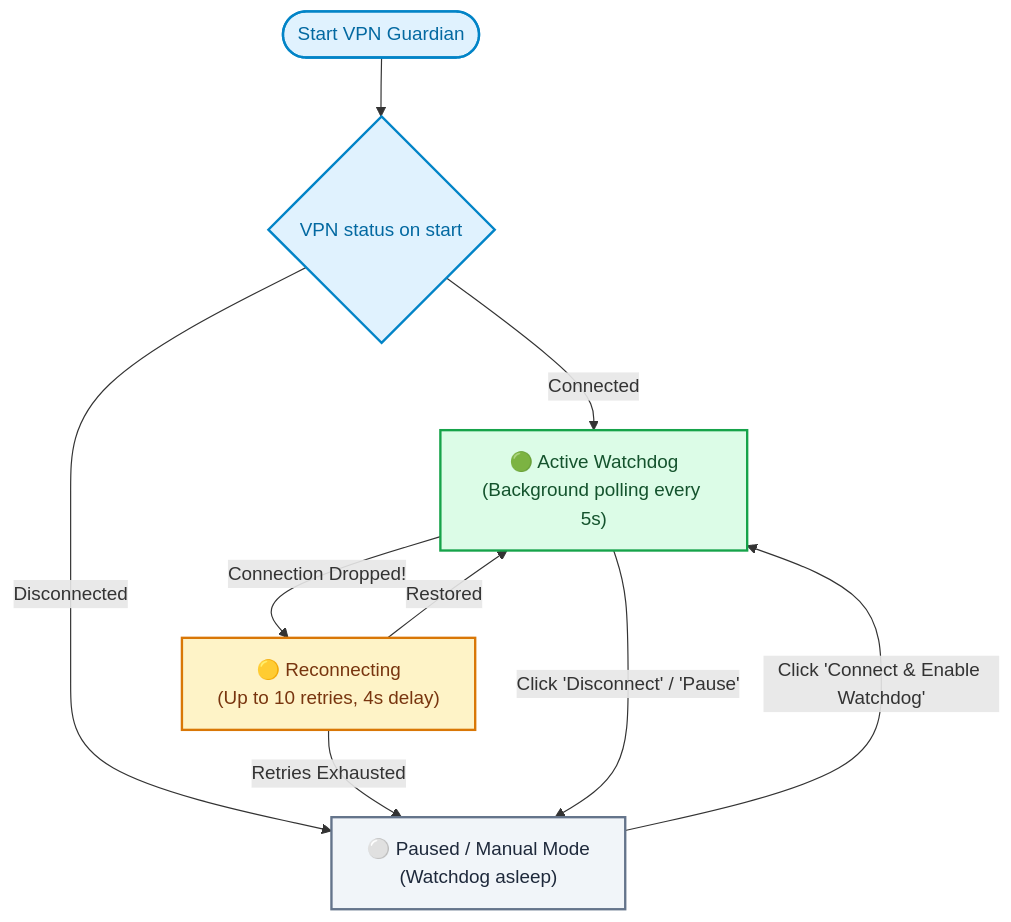
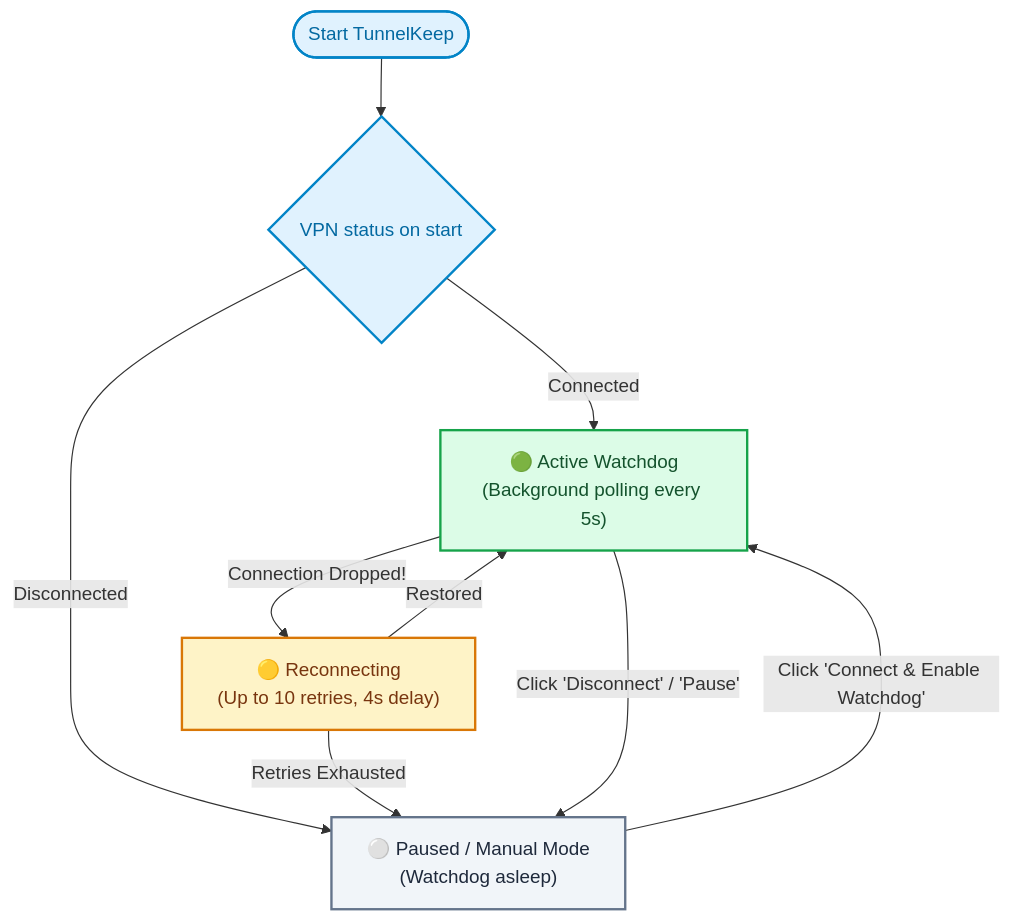
Before and after one commit to MihailBezukladnikovISiP201/tunnelkeep: the diagram in README.md, drawn with Mermaid. The commit also changed other lines of this file and 14 other files, not shown here.

Commit message:
feat: rename project to TunnelKeep across all modules, docs and manifests

````diff
--- a/README.md
+++ b/README.md
@@ -47,19 +47,19 @@
 ```mermaid
 flowchart TD
     classDef auto fill:#dcfce7,stroke:#16a34a,stroke-width:2px,color:#14532d;
     classDef paused fill:#f1f5f9,stroke:#64748b,stroke-width:2px,color:#1e293b;
     classDef alert fill:#fef3c7,stroke:#d97706,stroke-width:2px,color:#78350f;
     classDef start fill:#e0f2fe,stroke:#0284c7,stroke-width:2px,color:#0369a1;
 
-    A(["Start VPN Guardian"]):::start --> B{"VPN status on start"}:::start
+    A(["Start TunnelKeep"]):::start --> B{"VPN status on start"}:::start
     
     B -->|"Connected"| StateAuto["🟢 Active Watchdog\n(Background polling every 5s)"]:::auto
     B -->|"Disconnected"| StatePaused["⚪ Paused / Manual Mode\n(Watchdog asleep)"]:::paused
 
     StateAuto -->|"Connection Dropped!"| StateReconnect["🟡 Reconnecting\n(Up to 10 retries, 4s delay)"]:::alert
     StateReconnect -->|"Restored"| StateAuto
     StateReconnect -->|"Retries Exhausted"| StatePaused
 
     StateAuto -->|"Click 'Disconnect' / 'Pause'"| StatePaused
     StatePaused -->|"Click 'Connect & Enable Watchdog'"| StateAuto
 ```
````
